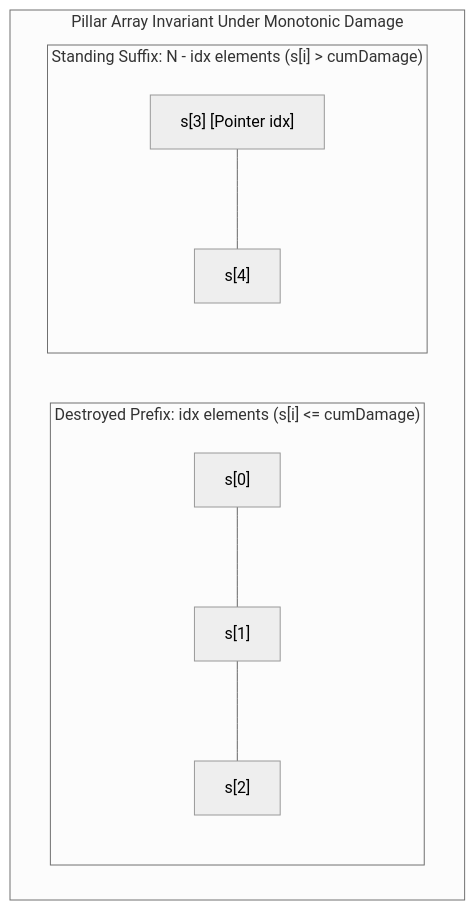
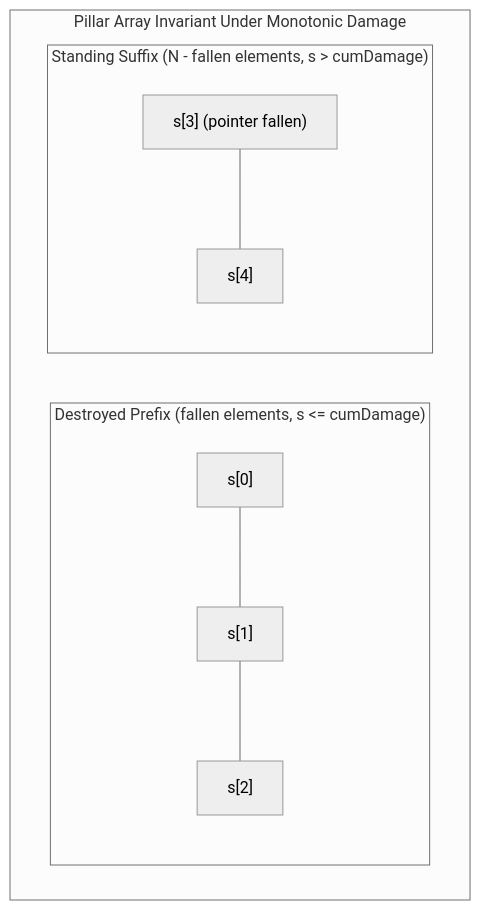
The second of 3 diagrams in content/Main Notes/3rd Year/Term 1/CSALGCM/Module 2 - Divide and Conquer/Problem Sets/[PS] Priestess Arcana Problems/05 - Shattering The Towers Of Algorythmos.md (2ru17/Project-Engram), drawn with Mermaid (neutral theme) before and after one commit. The commit also changed other lines of this file and 84 other files, not shown here.

````diff
--- a/content/Main Notes/3rd Year/Term 1/CSALGCM/Module 2 - Divide and Conquer/Problem Sets/[PS] Priestess Arcana Problems/05 - Shattering The Towers Of Algorythmos.md
+++ b/content/Main Notes/3rd Year/Term 1/CSALGCM/Module 2 - Divide and Conquer/Problem Sets/[PS] Priestess Arcana Problems/05 - Shattering The Towers Of Algorythmos.md
@@ -74,12 +133,12 @@
 ```mermaid
-graph LR
+flowchart LR
     subgraph SortedArray["Pillar Array Invariant Under Monotonic Damage"]
         direction LR
-        subgraph Collapsed["Destroyed Prefix: idx elements (s[i] <= cumDamage)"]
+        subgraph Collapsed["Destroyed Prefix (fallen elements, s <= cumDamage)"]
             P0["s[0]"] --- P1["s[1]"] --- P2["s[2]"]
         end
-        subgraph Standing["Standing Suffix: N - idx elements (s[i] > cumDamage)"]
-            P3["s[3] [Pointer idx]"] --- P4["s[4]"]
+        subgraph Standing["Standing Suffix (N - fallen elements, s > cumDamage)"]
+            P3["s[3] (pointer fallen)"] --- P4["s[4]"]
         end
     end
 ```
````
